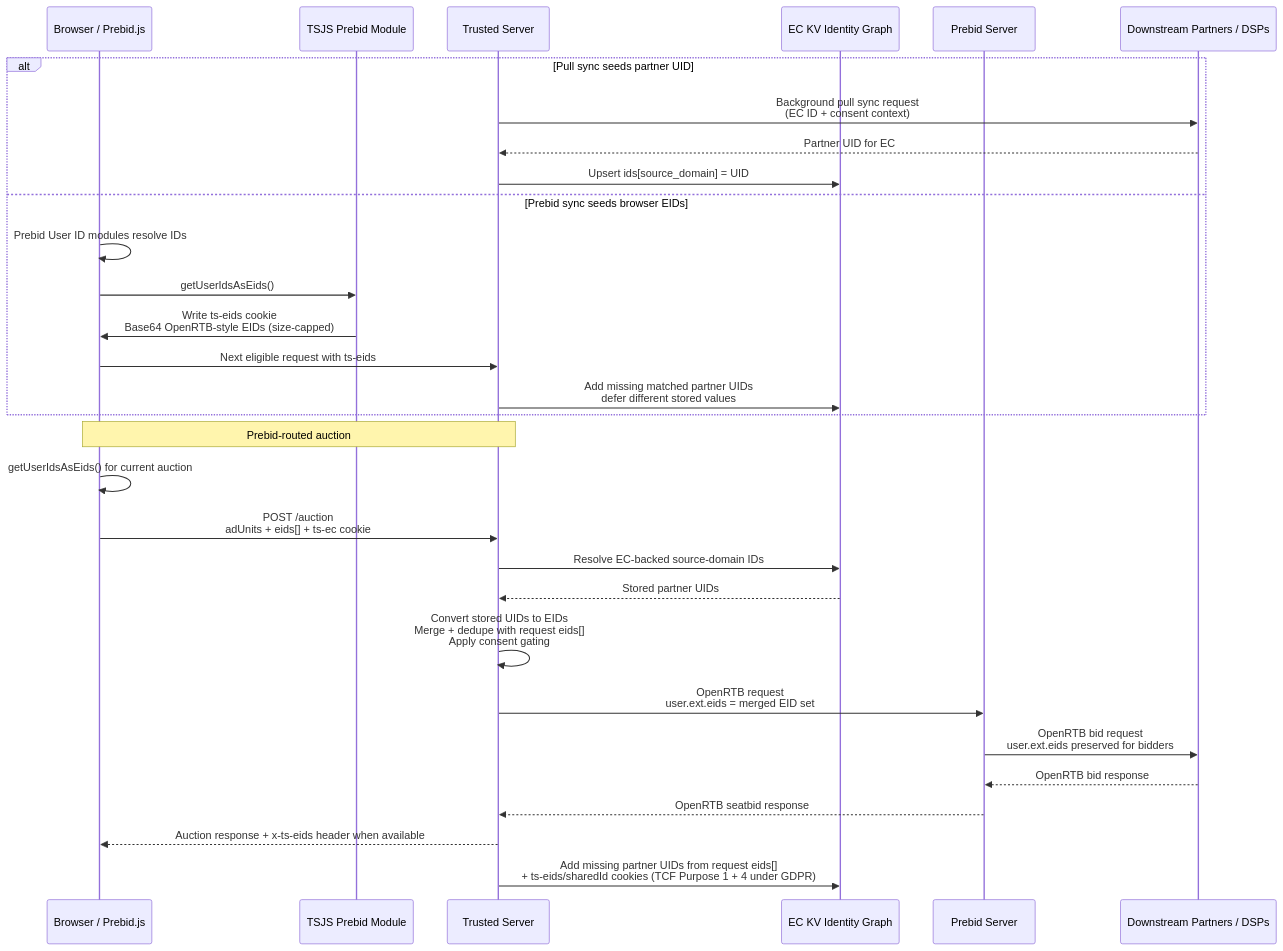
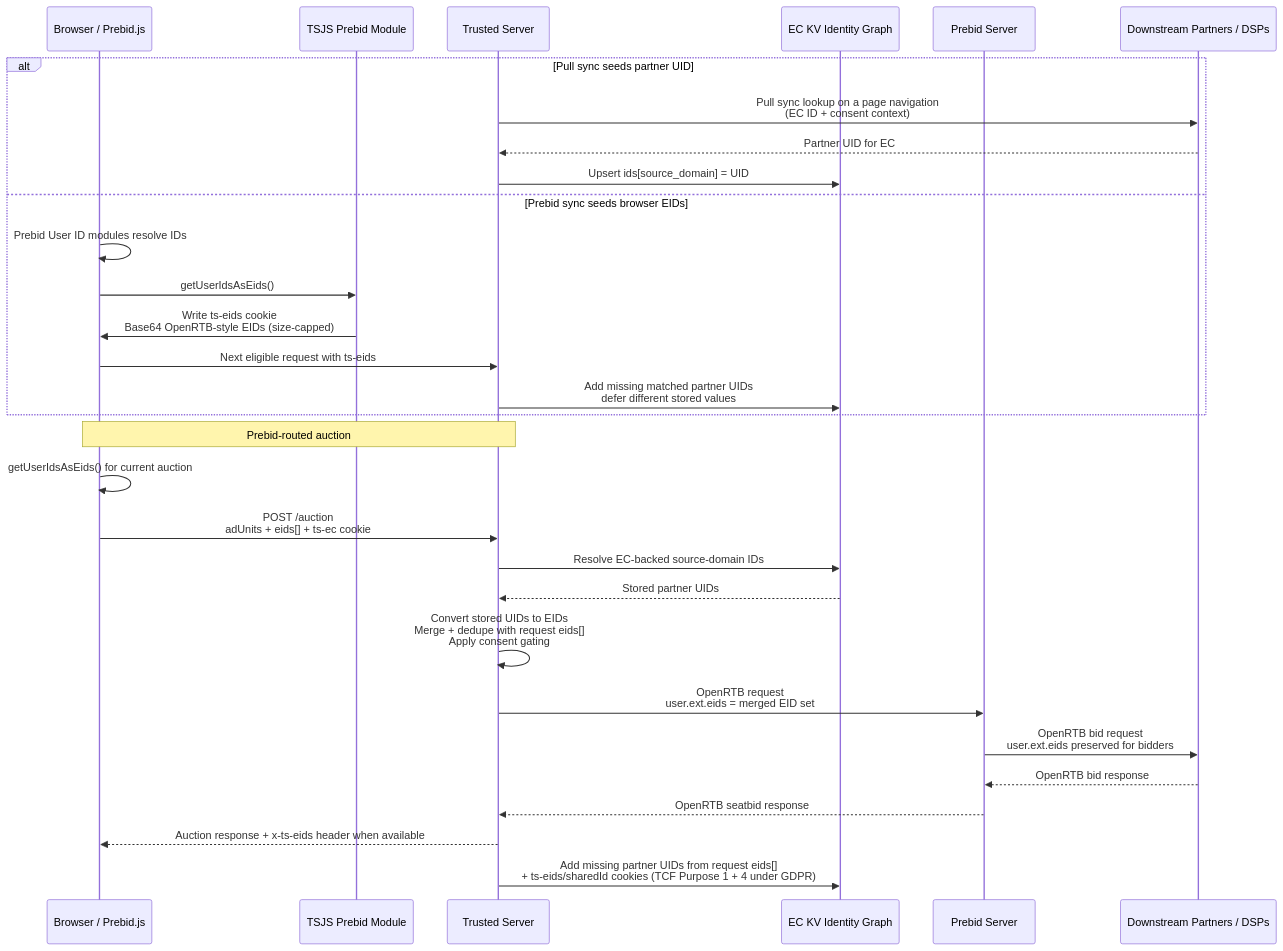
The sixth of 6 diagrams in docs/guide/edge-cookies.md (IABTechLab/trusted-server), drawn with Mermaid before and after one commit. The commit also changed other lines of this file and 6 other files, not shown here.

````diff
--- a/docs/guide/edge-cookies.md
+++ b/docs/guide/edge-cookies.md
@@ -195,34 +194,34 @@
 ```mermaid
 sequenceDiagram
     participant B as Browser / Prebid.js
     participant TSJS as TSJS Prebid Module
     participant TS as Trusted Server
     participant KV as EC KV Identity Graph
     participant PS as Prebid Server
     participant DSP as Downstream Partners / DSPs
 
     alt Pull sync seeds partner UID
-        TS->>DSP: Background pull sync request<br/>(EC ID + consent context)
+        TS->>DSP: Pull sync lookup on a page navigation<br/>(EC ID + consent context)
         DSP-->>TS: Partner UID for EC
         TS->>KV: Upsert ids[source_domain] = UID
     else Prebid sync seeds browser EIDs
         B->>B: Prebid User ID modules resolve IDs
         B->>TSJS: getUserIdsAsEids()
         TSJS->>B: Write ts-eids cookie<br/>Base64 OpenRTB-style EIDs (size-capped)
         B->>TS: Next eligible request with ts-eids
         TS->>KV: Add missing matched partner UIDs<br/>defer different stored values
     end
 
     Note over B,TS: Prebid-routed auction
     B->>B: getUserIdsAsEids() for current auction
     B->>TS: POST /auction<br/>adUnits + eids[] + ts-ec cookie
     TS->>KV: Resolve EC-backed source-domain IDs
     KV-->>TS: Stored partner UIDs
     TS->>TS: Convert stored UIDs to EIDs<br/>Merge + dedupe with request eids[]<br/>Apply consent gating
     TS->>PS: OpenRTB request<br/>user.ext.eids = merged EID set
     PS->>DSP: OpenRTB bid request<br/>user.ext.eids preserved for bidders
     DSP-->>PS: OpenRTB bid response
     PS-->>TS: OpenRTB seatbid response
     TS-->>B: Auction response + x-ts-eids header when available
     TS->>KV: Add missing partner UIDs from request eids[]<br/>+ ts-eids/sharedId cookies (TCF Purpose 1 + 4 under GDPR)
 ```
````
